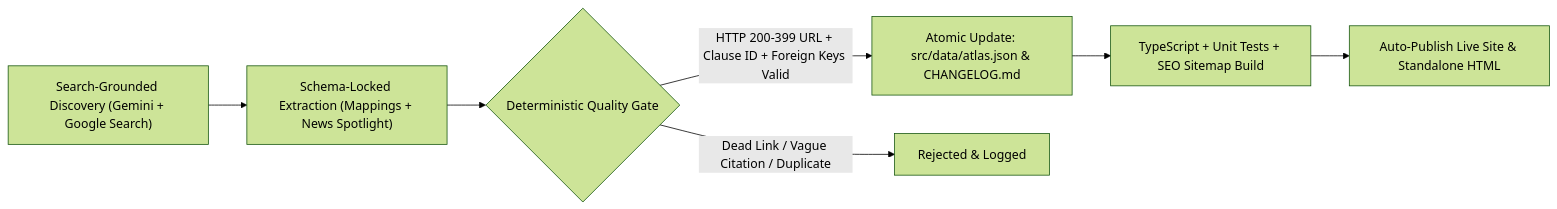
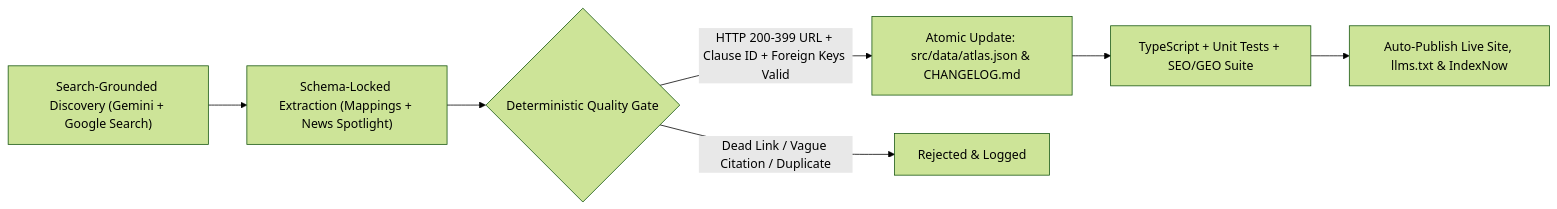
Before and after one commit to lihui-aigov/interoperability-atlas: the diagram in README.md, drawn with Mermaid (forest theme). The commit also changed other lines of this file and 3 other files, not shown here.

Commit message:
geo: add 6 AI-citation synthesis guides, Markdown mirrors, Speakable/Knowledge-Graph JSON-LD, and full AI crawler discovery

````diff
--- a/README.md
+++ b/README.md
@@ -71,9 +86,9 @@
 ```mermaid
 flowchart LR
     A["Search-Grounded Discovery (Gemini + Google Search)"] --> B["Schema-Locked Extraction (Mappings + News Spotlight)"]
     B --> C{"Deterministic Quality Gate"}
     C -->|"HTTP 200-399 URL + Clause ID + Foreign Keys Valid"| D["Atomic Update: src/data/atlas.json & CHANGELOG.md"]
     C -->|"Dead Link / Vague Citation / Duplicate"| E["Rejected & Logged"]
-    D --> F["TypeScript + Unit Tests + SEO Sitemap Build"]
-    F --> G["Auto-Publish Live Site & Standalone HTML"]
+    D --> F["TypeScript + Unit Tests + SEO/GEO Suite"]
+    F --> G["Auto-Publish Live Site, llms.txt & IndexNow"]
 ```
````
